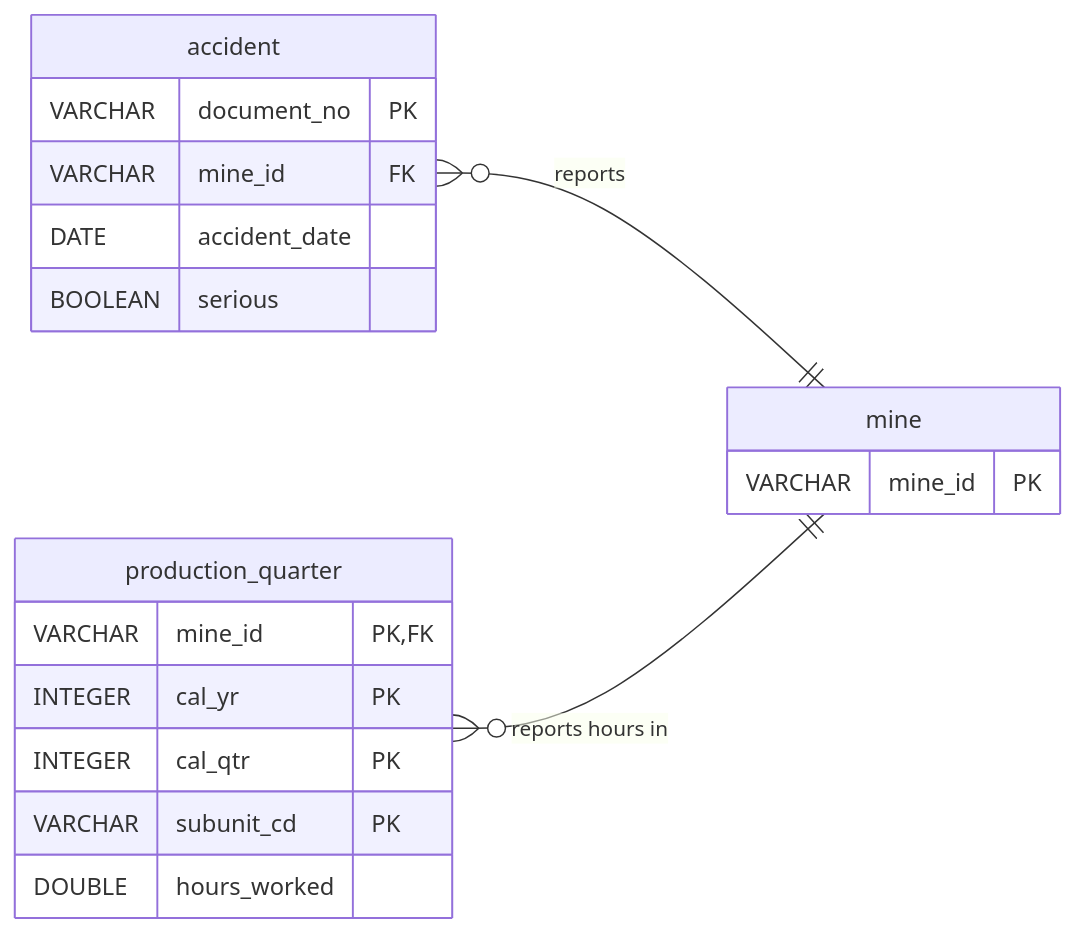
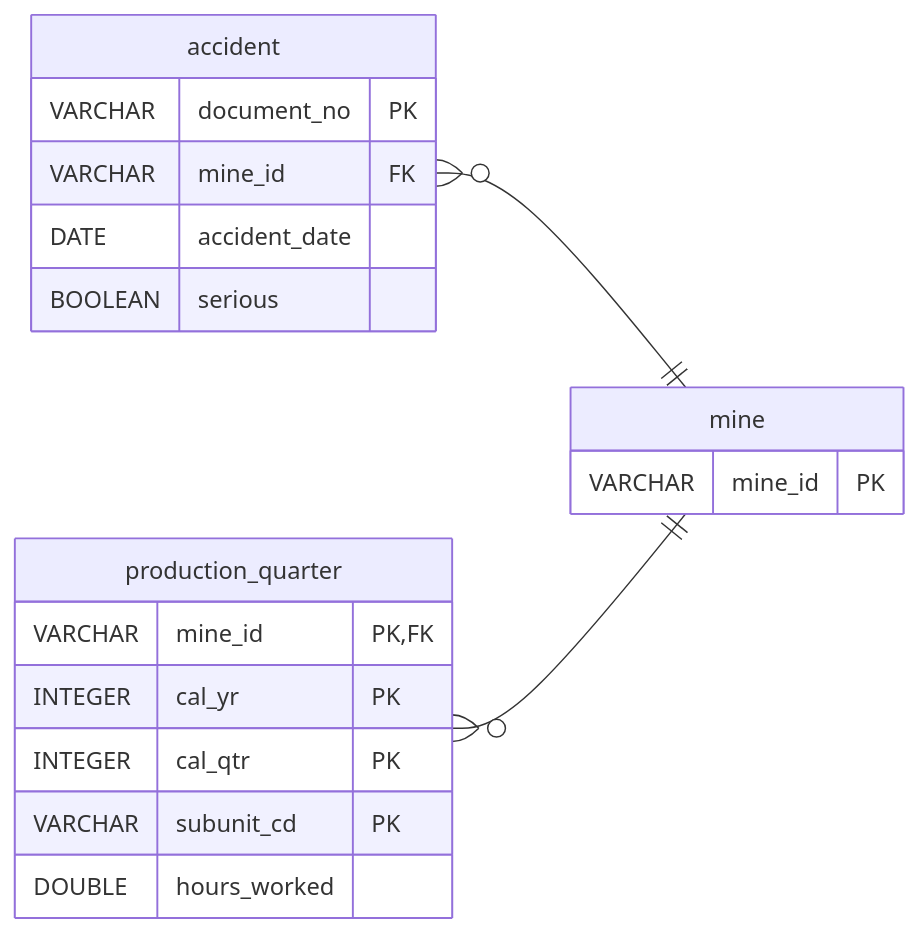
One commit to USERZEROA/safestart-data-pipeline changed the third of 4 diagrams in README.md. Above: the diagram before and after it, drawn with Mermaid. The commit also changed other lines of this file, not shown here.

Commit message:
Fit the Sources table and the second ER diagram on small phones

````diff
--- a/README.md
+++ b/README.md
@@ -295,22 +295,22 @@
 ```mermaid
 erDiagram
     direction RL
-    mine ||--o{ accident : "reports"
-    mine ||--o{ production_quarter : "reports hours in"
+    mine ||--o{ accident : ""
+    mine ||--o{ production_quarter : ""
     mine {
         VARCHAR mine_id PK
     }
     accident {
         VARCHAR document_no PK
         VARCHAR mine_id FK
         DATE accident_date
         BOOLEAN serious
     }
     production_quarter {
         VARCHAR mine_id PK, FK
         INTEGER cal_yr PK
         INTEGER cal_qtr PK
         VARCHAR subunit_cd PK
         DOUBLE hours_worked
     }
 ```
````
